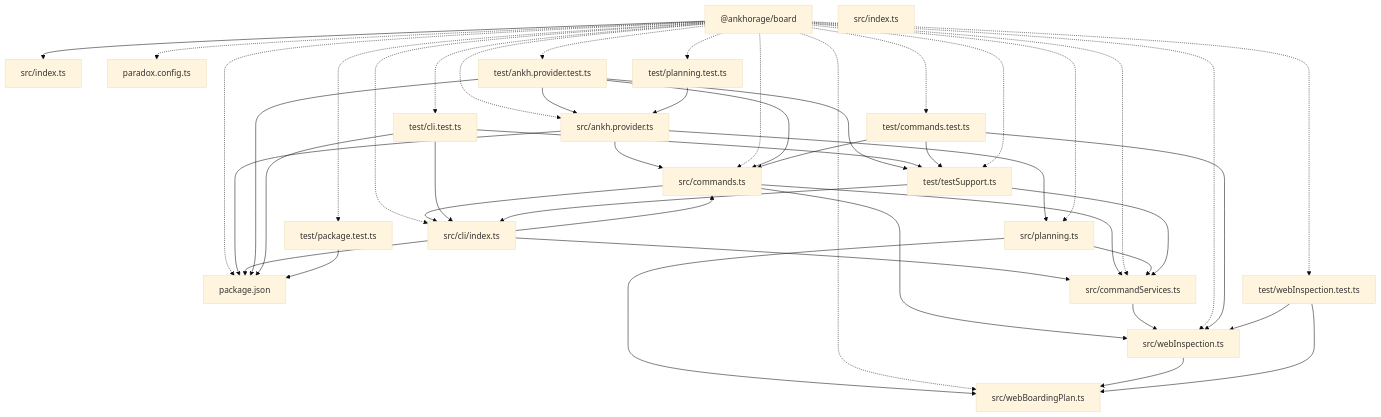
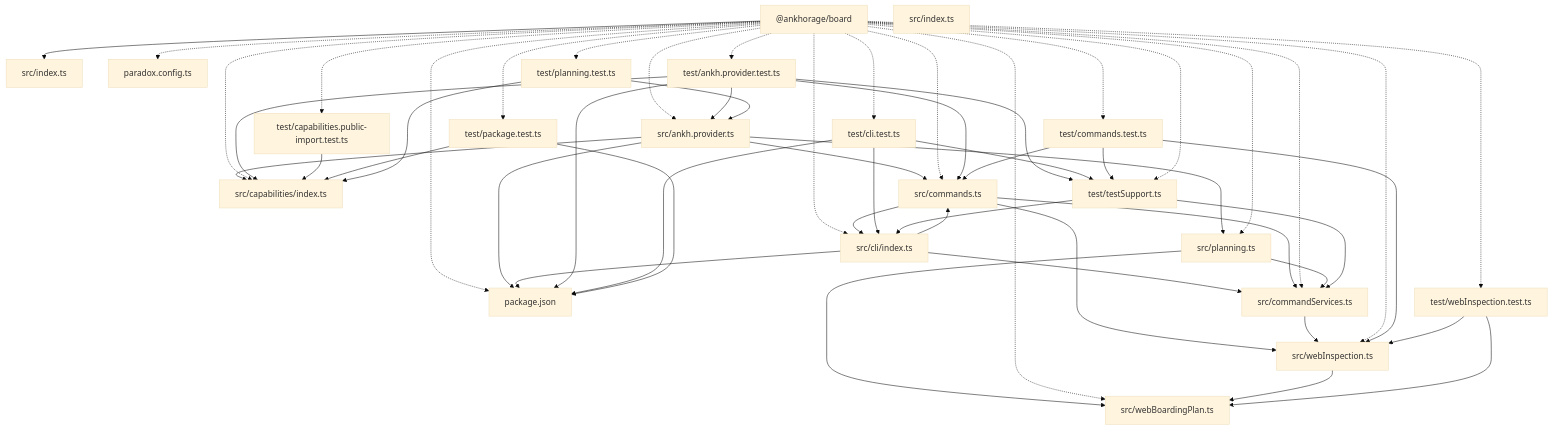
Before and after one commit to ankhorage/board: the diagram in paradox/diagrams/architecture-overview.mmd, drawn with Mermaid (base theme). The commit also changed 10 other files, not shown here.

```diff
--- a/paradox/diagrams/architecture-overview.mmd
+++ b/paradox/diagrams/architecture-overview.mmd
@@ -1,66 +1,75 @@
 graph TD
   package__ankhorage_board["@ankhorage/board"]
   entrypoint_src_index_ts["src/index.ts"]
   package__ankhorage_board --> entrypoint_src_index_ts
   module_package_json["package.json"]
   package__ankhorage_board -.-> module_package_json
   module_paradox_config_ts["paradox.config.ts"]
   package__ankhorage_board -.-> module_paradox_config_ts
   module_src_ankh_provider_ts["src/ankh.provider.ts"]
   package__ankhorage_board -.-> module_src_ankh_provider_ts
   module_src_ankh_provider_ts --> module_package_json
+  module_src_ankh_provider_ts --> module_src_capabilities_index_ts
   module_src_ankh_provider_ts --> module_src_commands_ts
   module_src_ankh_provider_ts --> module_src_planning_ts
+  module_src_capabilities_index_ts["src/capabilities/index.ts"]
+  package__ankhorage_board -.-> module_src_capabilities_index_ts
   module_src_cli_index_ts["src/cli/index.ts"]
   package__ankhorage_board -.-> module_src_cli_index_ts
   module_src_cli_index_ts --> module_package_json
   module_src_cli_index_ts --> module_src_commands_ts
   module_src_cli_index_ts --> module_src_commandServices_ts
   module_src_commands_ts["src/commands.ts"]
   package__ankhorage_board -.-> module_src_commands_ts
   module_src_commands_ts --> module_src_cli_index_ts
   module_src_commands_ts --> module_src_commandServices_ts
   module_src_commands_ts --> module_src_webInspection_ts
   module_src_commandServices_ts["src/commandServices.ts"]
   package__ankhorage_board -.-> module_src_commandServices_ts
   module_src_commandServices_ts --> module_src_webInspection_ts
   module_src_index_ts["src/index.ts"]
   module_src_planning_ts["src/planning.ts"]
   package__ankhorage_board -.-> module_src_planning_ts
   module_src_planning_ts --> module_src_commandServices_ts
   module_src_planning_ts --> module_src_webBoardingPlan_ts
   module_src_webBoardingPlan_ts["src/webBoardingPlan.ts"]
   package__ankhorage_board -.-> module_src_webBoardingPlan_ts
   module_src_webInspection_ts["src/webInspection.ts"]
   package__ankhorage_board -.-> module_src_webInspection_ts
   module_src_webInspection_ts --> module_src_webBoardingPlan_ts
   module_test_ankh_provider_test_ts["test/ankh.provider.test.ts"]
   package__ankhorage_board -.-> module_test_ankh_provider_test_ts
   module_test_ankh_provider_test_ts --> module_package_json
   module_test_ankh_provider_test_ts --> module_src_ankh_provider_ts
+  module_test_ankh_provider_test_ts --> module_src_capabilities_index_ts
   module_test_ankh_provider_test_ts --> module_src_commands_ts
   module_test_ankh_provider_test_ts --> module_test_testSupport_ts
+  module_test_capabilities_public_import_test_ts["test/capabilities.public-import.test.ts"]
+  package__ankhorage_board -.-> module_test_capabilities_public_import_test_ts
+  module_test_capabilities_public_import_test_ts --> module_src_capabilities_index_ts
   module_test_cli_test_ts["test/cli.test.ts"]
   package__ankhorage_board -.-> module_test_cli_test_ts
   module_test_cli_test_ts --> module_package_json
   module_test_cli_test_ts --> module_src_cli_index_ts
   module_test_cli_test_ts --> module_test_testSupport_ts
   module_test_commands_test_ts["test/commands.test.ts"]
   package__ankhorage_board -.-> module_test_commands_test_ts
   module_test_commands_test_ts --> module_src_commands_ts
   module_test_commands_test_ts --> module_src_webInspection_ts
   module_test_commands_test_ts --> module_test_testSupport_ts
   module_test_package_test_ts["test/package.test.ts"]
   package__ankhorage_board -.-> module_test_package_test_ts
   module_test_package_test_ts --> module_package_json
+  module_test_package_test_ts --> module_src_capabilities_index_ts
   module_test_planning_test_ts["test/planning.test.ts"]
   package__ankhorage_board -.-> module_test_planning_test_ts
   module_test_planning_test_ts --> module_src_ankh_provider_ts
+  module_test_planning_test_ts --> module_src_capabilities_index_ts
   module_test_testSupport_ts["test/testSupport.ts"]
   package__ankhorage_board -.-> module_test_testSupport_ts
   module_test_testSupport_ts --> module_src_cli_index_ts
   module_test_testSupport_ts --> module_src_commandServices_ts
   module_test_webInspection_test_ts["test/webInspection.test.ts"]
   package__ankhorage_board -.-> module_test_webInspection_test_ts
   module_test_webInspection_test_ts --> module_src_webBoardingPlan_ts
   module_test_webInspection_test_ts --> module_src_webInspection_ts
```
